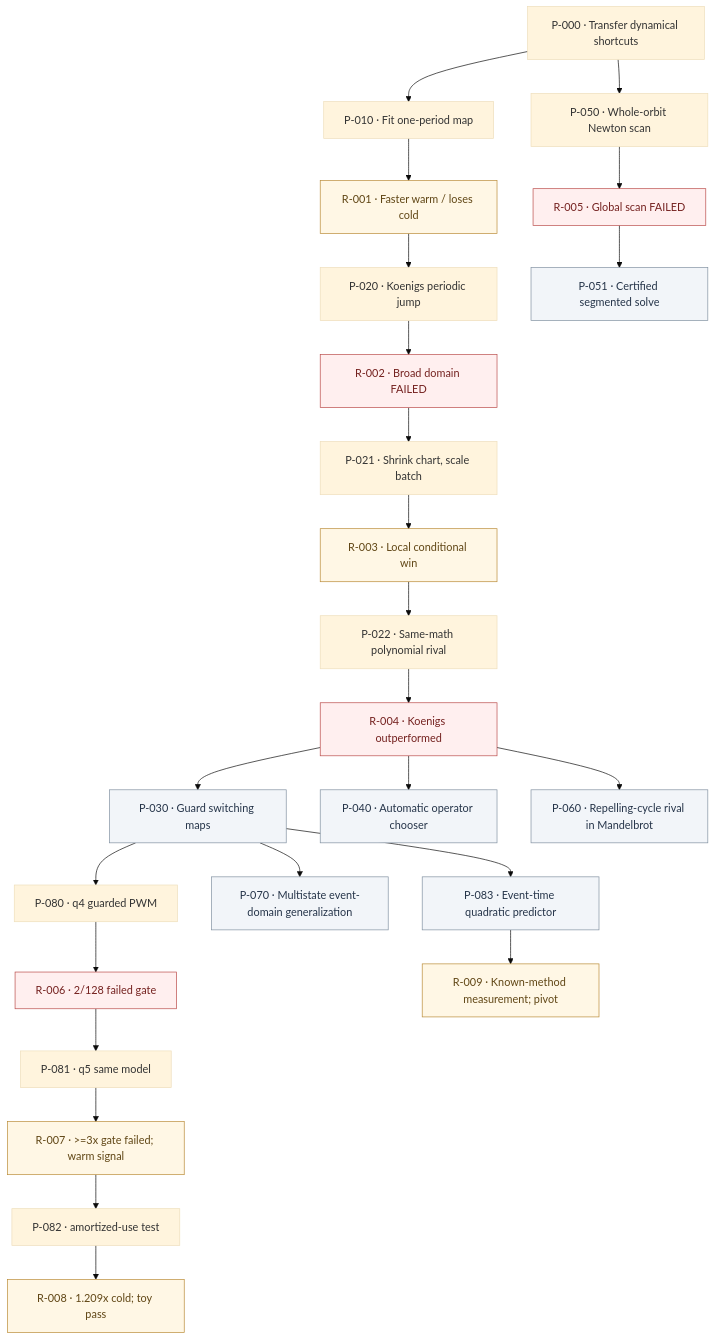
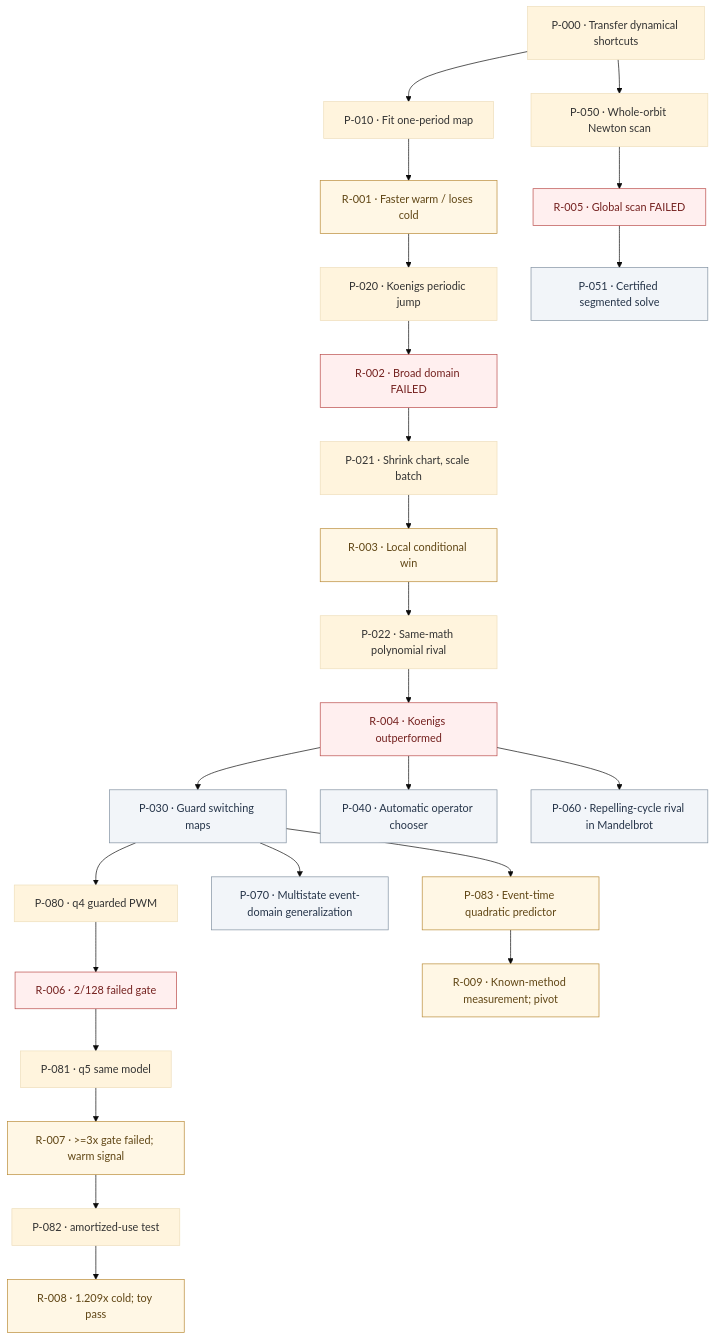
One commit to junovhs/fractodactyl changed the diagram in MAP.md. Above: the diagram before and after it, drawn with Mermaid (base theme). The commit also changed 4 other files, not shown here.

````diff
--- a/MAP.md
+++ b/MAP.md
@@ -5,32 +5,32 @@
 ```mermaid
 flowchart TD
   P000["P-000 · Transfer dynamical shortcuts"] --> P010["P-010 · Fit one-period map"]
   P010 --> R001["R-001 · Faster warm / loses cold"]
   R001 --> P020["P-020 · Koenigs periodic jump"]
   P020 --> R002["R-002 · Broad domain FAILED"]
   R002 --> P021["P-021 · Shrink chart, scale batch"]
   P021 --> R003["R-003 · Local conditional win"]
   R003 --> P022["P-022 · Same-math polynomial rival"]
   P022 --> R004["R-004 · Koenigs outperformed"]
   R004 --> P030["P-030 · Guard switching maps"]
   R004 --> P040["P-040 · Automatic operator chooser"]
   R004 --> P060["P-060 · Repelling-cycle rival in Mandelbrot"]
   P000 --> P050["P-050 · Whole-orbit Newton scan"]
   P050 --> R005["R-005 · Global scan FAILED"]
   R005 --> P051["P-051 · Certified segmented solve"]
   P030 --> P080["P-080 · q4 guarded PWM"]
   P080 --> R006["R-006 · 2/128 failed gate"]
   R006 --> P081["P-081 · q5 same model"]
   P081 --> R007["R-007 · >=3x gate failed; warm signal"]
   R007 --> P082["P-082 · amortized-use test"]
   P082 --> R008["R-008 · 1.209x cold; toy pass"]
   P030 --> P070["P-070 · Multistate event-domain generalization"]
   P030 --> P083["P-083 · Event-time quadratic predictor"]
   P083 --> R009["R-009 · Known-method measurement; pivot"]
   classDef fail fill:#ffefef,stroke:#b94a48,color:#74211f
   classDef maybe fill:#fff7e5,stroke:#b98a35,color:#604615
   classDef untested fill:#f2f5f9,stroke:#8090a0,color:#253449
   class R002,R004,R005,R006 fail
-  class R001,R003,R007,R008,R009 maybe
-  class P030,P040,P051,P060,P070,P083 untested
+  class R001,R003,R007,R008,R009,P083 maybe
+  class P030,P040,P051,P060,P070 untested
 ```
````
